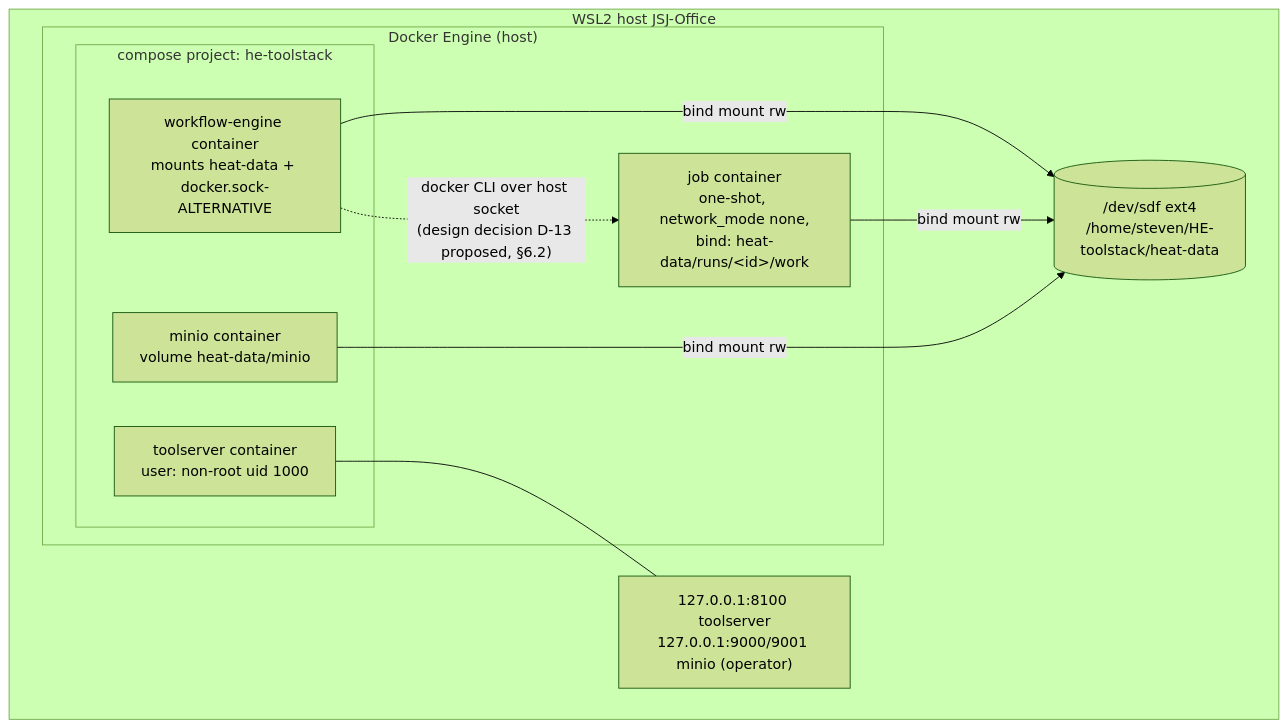
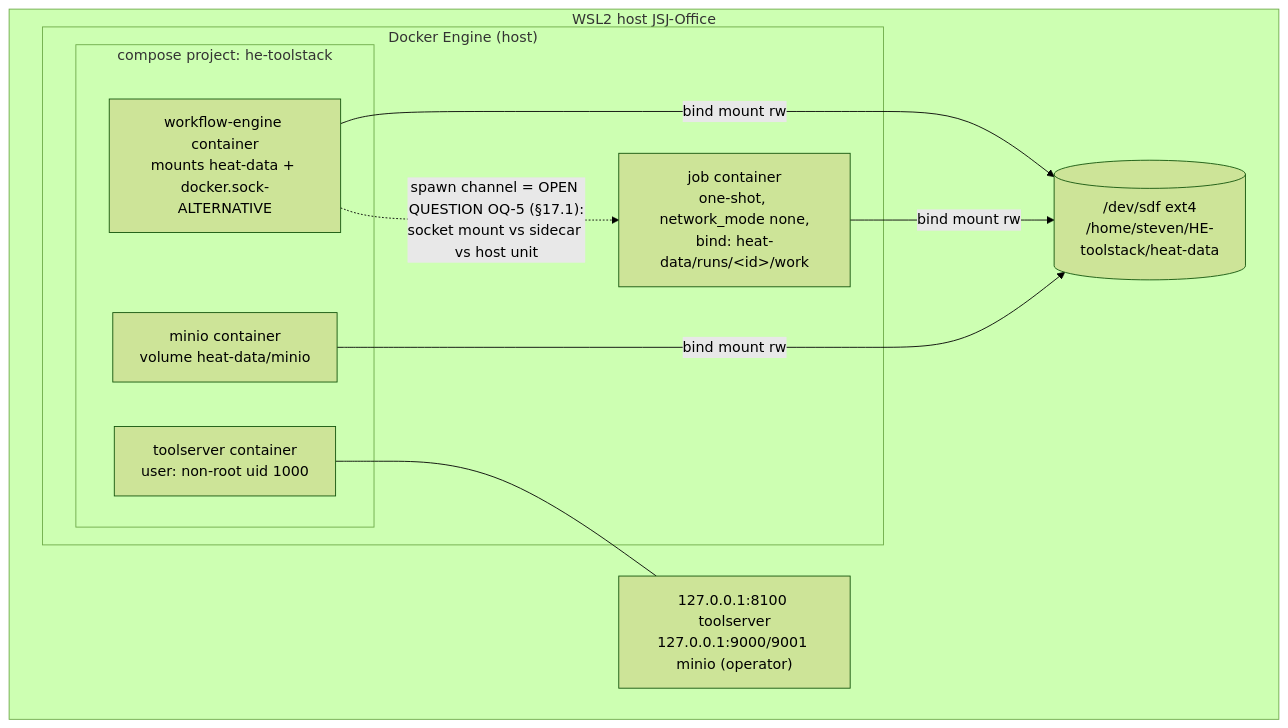
One commit to jstevenjacobs/HE-toolstack changed the third of 8 diagrams in docs/HE-TOOLSTACK-TECHNICAL-DESIGN.md. Above: the diagram before and after it, drawn with Mermaid (forest theme). The commit also changed other lines of this file and 2 other files, not shown here.

````diff
--- a/docs/HE-TOOLSTACK-TECHNICAL-DESIGN.md
+++ b/docs/HE-TOOLSTACK-TECHNICAL-DESIGN.md
@@ -274,18 +283,18 @@
 ```mermaid
 graph TB
     subgraph WSL["WSL2 host JSJ-Office"]
         subgraph DE["Docker Engine (host)"]
             subgraph CP["compose project: he-toolstack"]
                 TSc[toolserver container<br/>user: non-root uid 1000]
                 WEc[workflow-engine container<br/>mounts heat-data + docker.sock-ALTERNATIVE]
                 MOc[minio container<br/>volume heat-data/minio]
             end
             J1[job container<br/>one-shot, network_mode none,<br/>bind: heat-data/runs/&lt;id&gt;/work]
         end
         HDD[("/dev/sdf ext4<br/>/home/steven/HE-toolstack/heat-data")]
         LB["127.0.0.1:8100 toolserver<br/>127.0.0.1:9000/9001 minio (operator)"]
     end
     TSc --- LB; WEc -- bind mount rw --> HDD
     J1 -- bind mount rw --> HDD; MOc -- bind mount rw --> HDD
-    WEc -. "docker CLI over host socket<br/>(design decision D-13 proposed, §6.2)" .-> J1
+    WEc -. "spawn channel = OPEN QUESTION OQ-5 (§17.1):<br/>socket mount vs sidecar vs host unit" .-> J1
 ```
````
